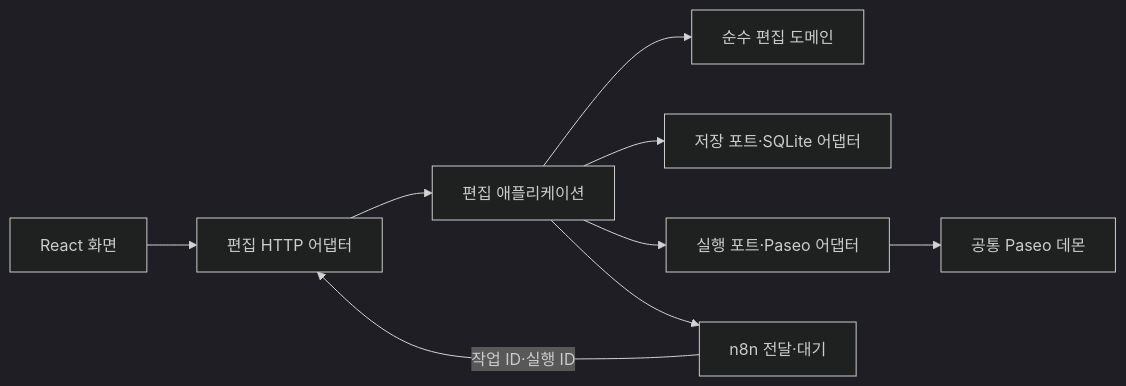
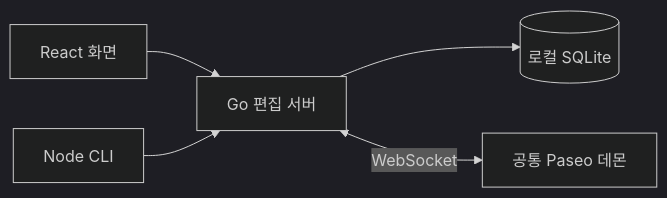
One commit to pollux-o4/AIN changed the diagram in docs/architecture/02-containers.md. Above: the diagram before and after it, drawn with Mermaid (dark theme). The commit also changed other lines of this file and 3 other files, not shown here.

Commit message:
Document and enforce Go core architecture boundaries

````diff
--- a/docs/architecture/02-containers.md
+++ b/docs/architecture/02-containers.md
@@ -3,11 +3,7 @@
 ```mermaid
 flowchart LR
-  UI[React 화면] --> HTTP[편집 HTTP 어댑터]
-  HTTP --> APP[편집 애플리케이션]
-  APP --> DOMAIN[순수 편집 도메인]
-  APP --> STORE[저장 포트·SQLite 어댑터]
-  APP --> AI[실행 포트·Paseo 어댑터]
-  APP --> PIPE[n8n 전달·대기]
-  PIPE -->|작업 ID·실행 ID| HTTP
-  AI --> DAEMON[공통 Paseo 데몬]
+  UI[React 화면] --> API[Go 편집 서버]
+  CLI[Node CLI] --> API
+  API --> DB[(로컬 SQLite)]
+  API <-->|WebSocket| Paseo[공통 Paseo 데몬]
 ```
````
